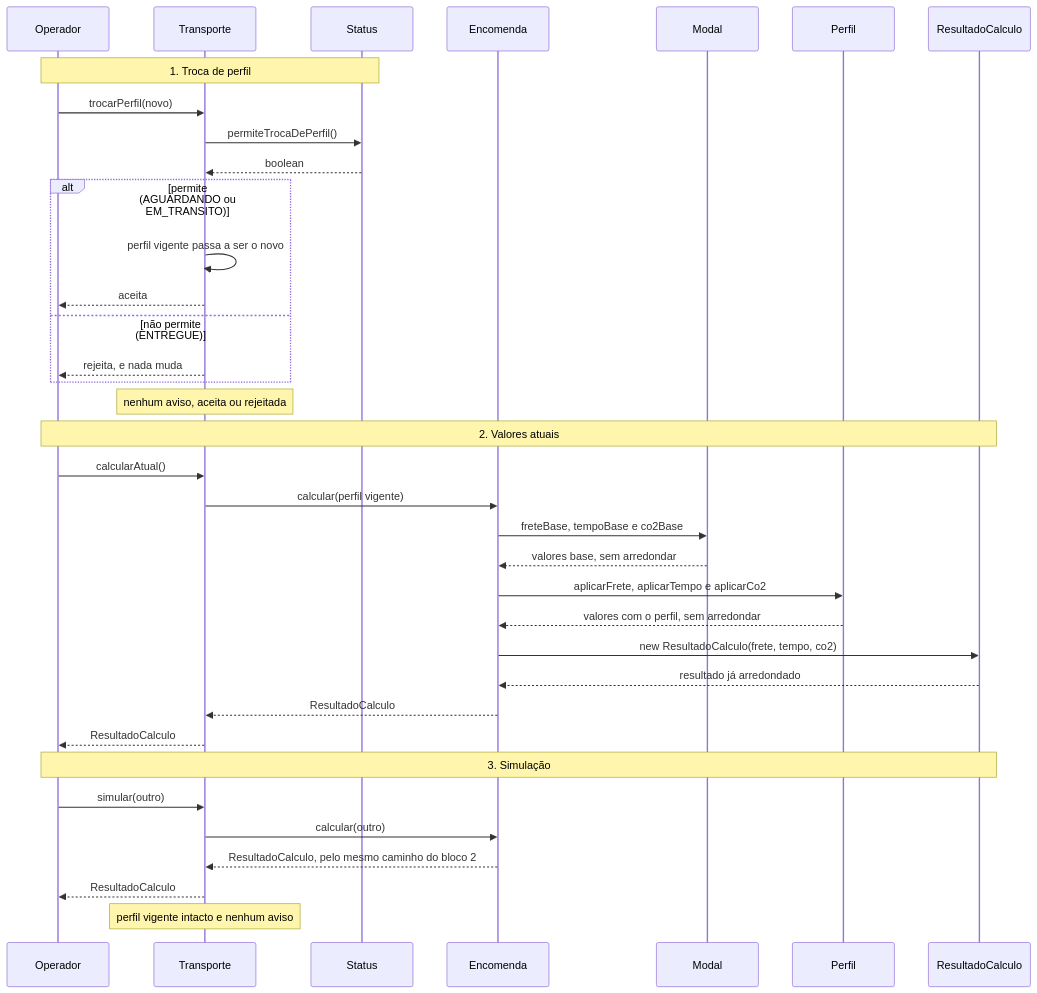
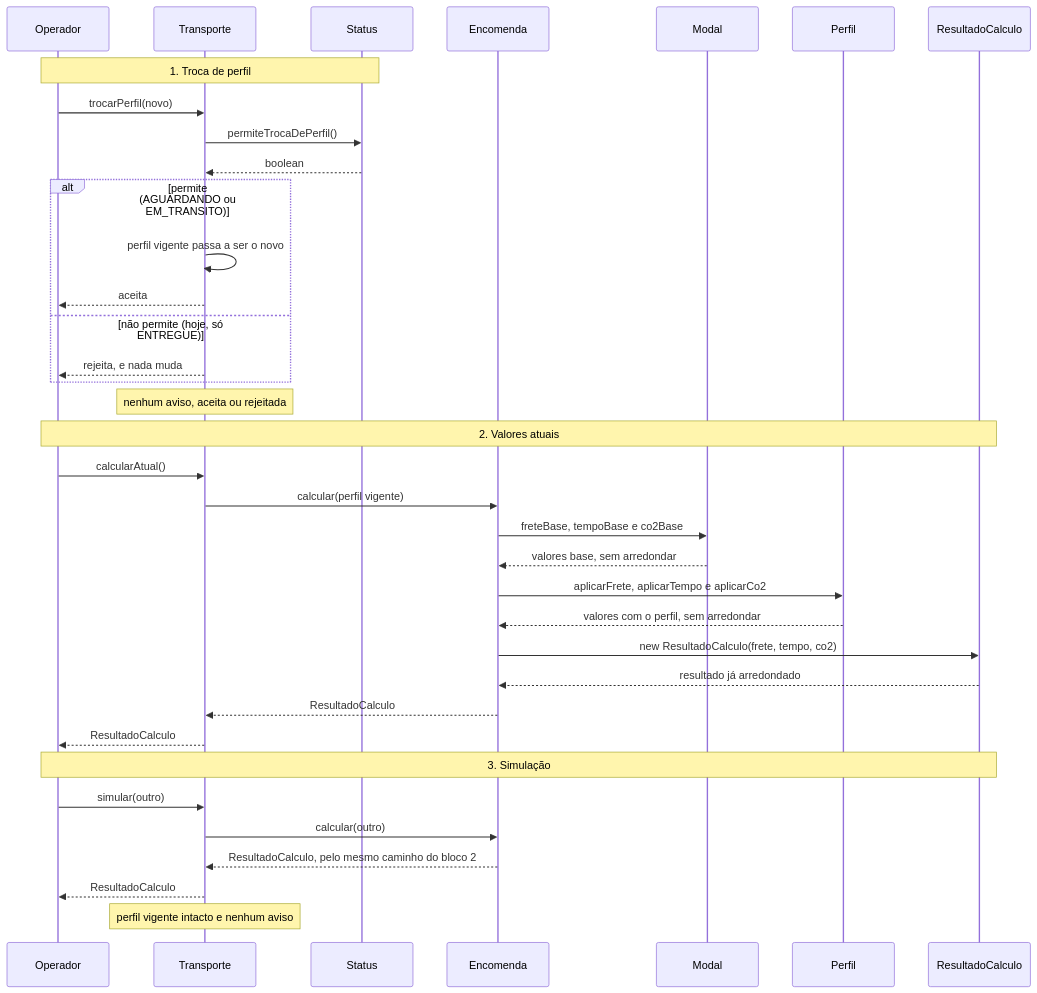
One commit to lilianeperim-ifsp/Projeto_Final_INOO changed the second of 2 diagrams in docs/Documento_de_Projeto.md. Above: the diagram before and after it, drawn with Mermaid. The commit also changed other lines of this file, not shown here.

````diff
--- a/docs/Documento_de_Projeto.md
+++ b/docs/Documento_de_Projeto.md
@@ -565,41 +565,41 @@
 ```mermaid
 sequenceDiagram
     participant O as Operador
     participant T as Transporte
     participant St as Status
     participant E as Encomenda
     participant Mo as Modal
     participant Pe as Perfil
     participant R as ResultadoCalculo
 
     Note over O,St: 1. Troca de perfil
     O->>T: trocarPerfil(novo)
     T->>St: permiteTrocaDePerfil()
     St-->>T: boolean
     alt permite (AGUARDANDO ou EM_TRANSITO)
         T->>T: perfil vigente passa a ser o novo
         T-->>O: aceita
-    else não permite (ENTREGUE)
+    else não permite (hoje, só ENTREGUE)
         T-->>O: rejeita, e nada muda
     end
     Note over T: nenhum aviso, aceita ou rejeitada
 
     Note over O,R: 2. Valores atuais
     O->>T: calcularAtual()
     T->>E: calcular(perfil vigente)
     E->>Mo: freteBase, tempoBase e co2Base
     Mo-->>E: valores base, sem arredondar
     E->>Pe: aplicarFrete, aplicarTempo e aplicarCo2
     Pe-->>E: valores com o perfil, sem arredondar
     E->>R: new ResultadoCalculo(frete, tempo, co2)
     R-->>E: resultado já arredondado
     E-->>T: ResultadoCalculo
     T-->>O: ResultadoCalculo
 
     Note over O,R: 3. Simulação
     O->>T: simular(outro)
     T->>E: calcular(outro)
     E-->>T: ResultadoCalculo, pelo mesmo caminho do bloco 2
     T-->>O: ResultadoCalculo
     Note over T: perfil vigente intacto e nenhum aviso
 ```
````
